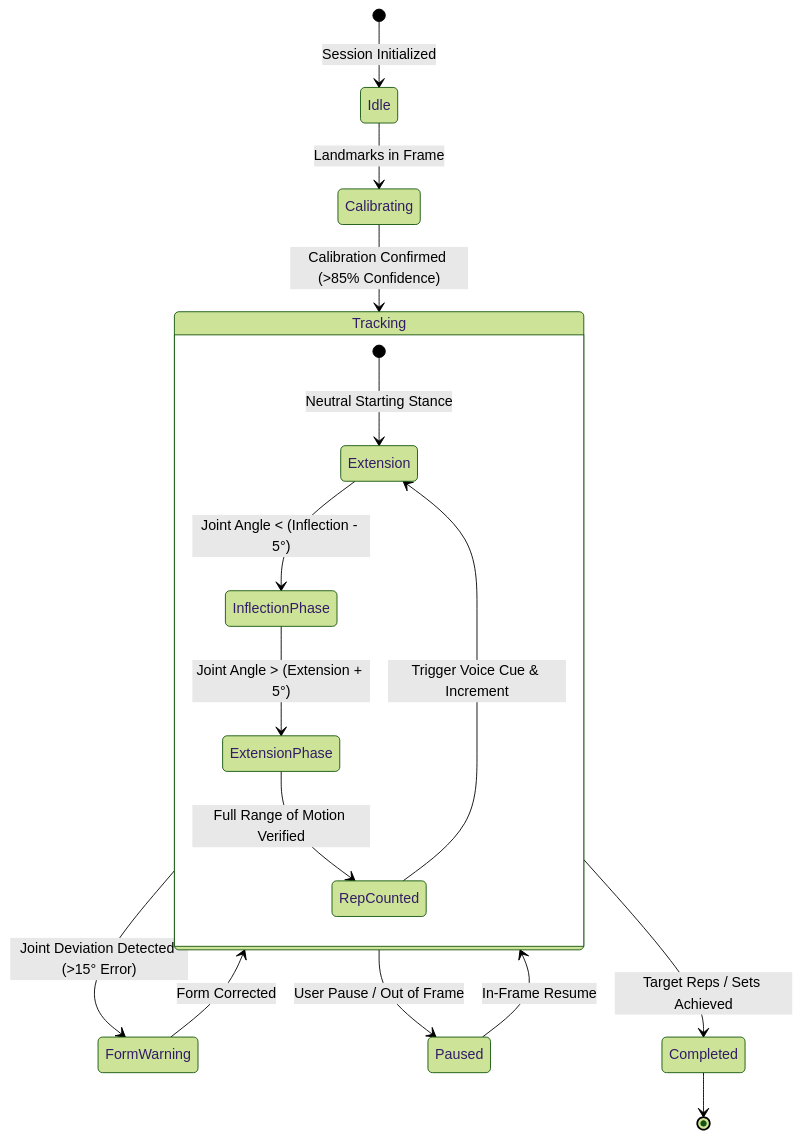
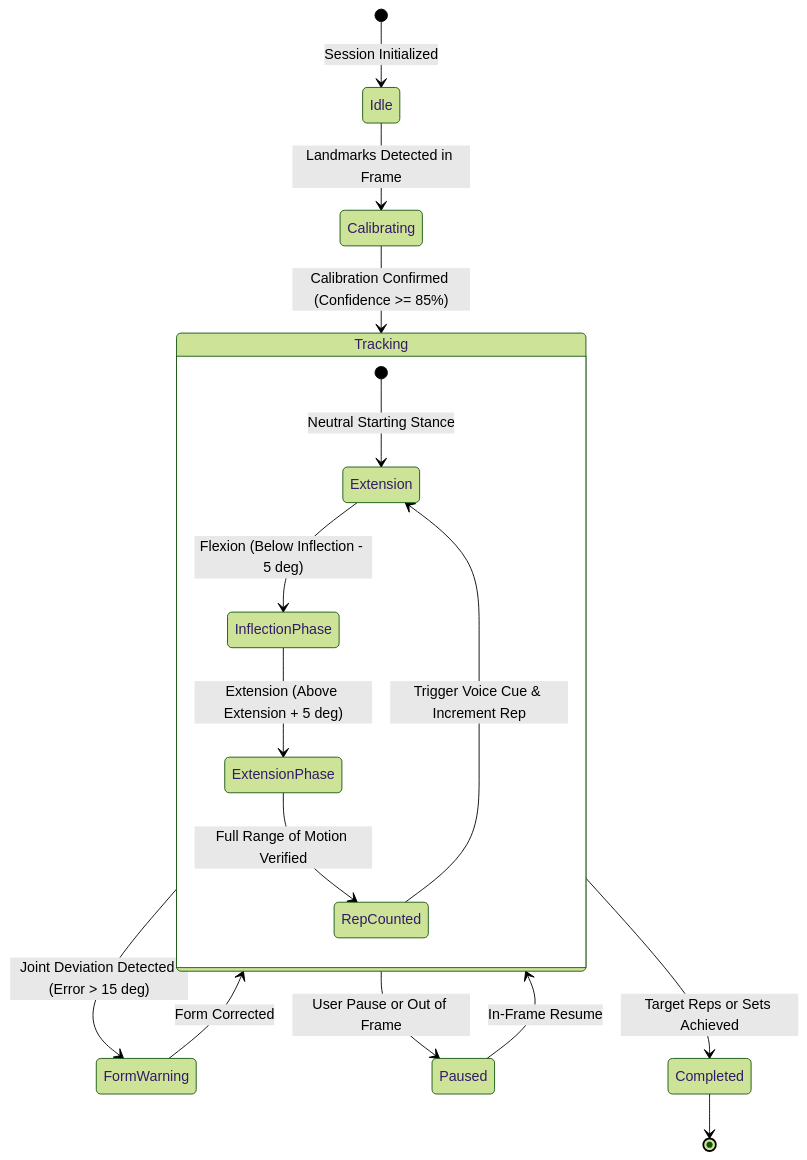
One commit to Prakhyat05/LuminAI changed the third of 3 diagrams in README.md. Above: the diagram before and after it, drawn with Mermaid (forest theme). The commit also changed other lines of this file, not shown here.

Commit message:
fix(docs): resolve GitHub Mermaid parsing error by removing inline style separators

````diff
--- a/README.md
+++ b/README.md
@@ -260,21 +257,21 @@
 ```mermaid
 stateDiagram-v2
     [*] --> Idle: Session Initialized
-    Idle --> Calibrating: Landmarks in Frame
-    Calibrating --> Tracking: Calibration Confirmed (>85% Confidence)
+    Idle --> Calibrating: Landmarks Detected in Frame
+    Calibrating --> Tracking: Calibration Confirmed (Confidence >= 85%)
     
     state Tracking {
         [*] --> Extension: Neutral Starting Stance
-        Extension --> InflectionPhase: Joint Angle < (Inflection - 5°)
-        InflectionPhase --> ExtensionPhase: Joint Angle > (Extension + 5°)
+        Extension --> InflectionPhase: Flexion (Below Inflection - 5 deg)
+        InflectionPhase --> ExtensionPhase: Extension (Above Extension + 5 deg)
         ExtensionPhase --> RepCounted: Full Range of Motion Verified
-        RepCounted --> Extension: Trigger Voice Cue & Increment
+        RepCounted --> Extension: Trigger Voice Cue & Increment Rep
     }
     
-    Tracking --> FormWarning: Joint Deviation Detected (>15° Error)
+    Tracking --> FormWarning: Joint Deviation Detected (Error > 15 deg)
     FormWarning --> Tracking: Form Corrected
-    Tracking --> Paused: User Pause / Out of Frame
+    Tracking --> Paused: User Pause or Out of Frame
     Paused --> Tracking: In-Frame Resume
-    Tracking --> Completed: Target Reps / Sets Achieved
+    Tracking --> Completed: Target Reps or Sets Achieved
     Completed --> [*]
 ```
````
